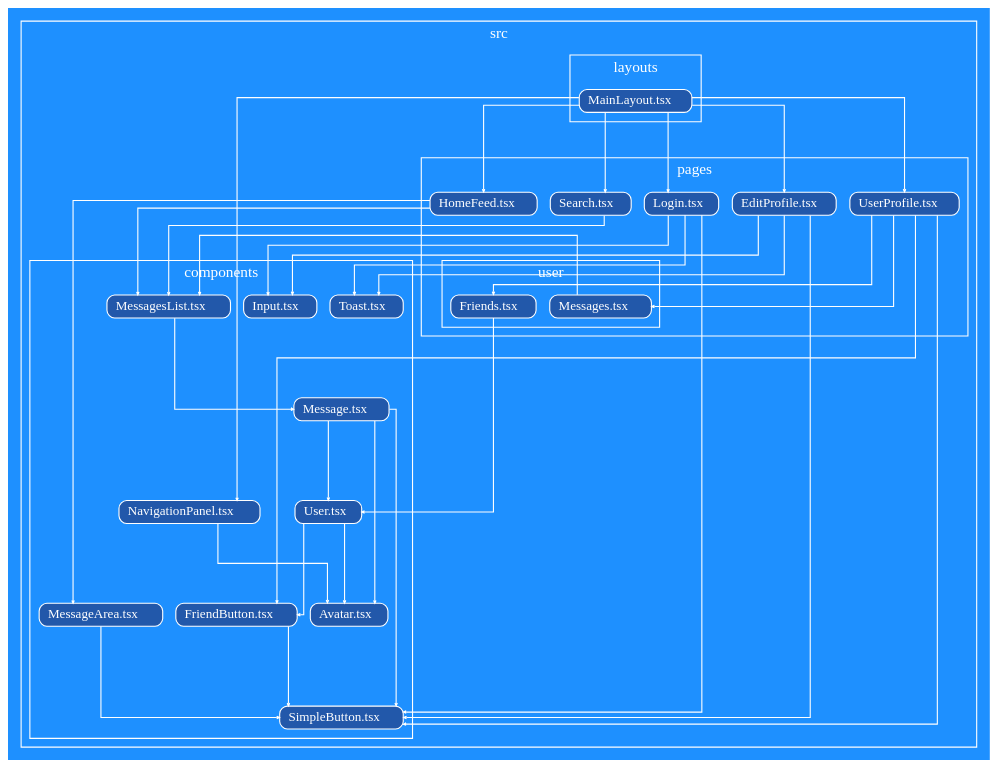
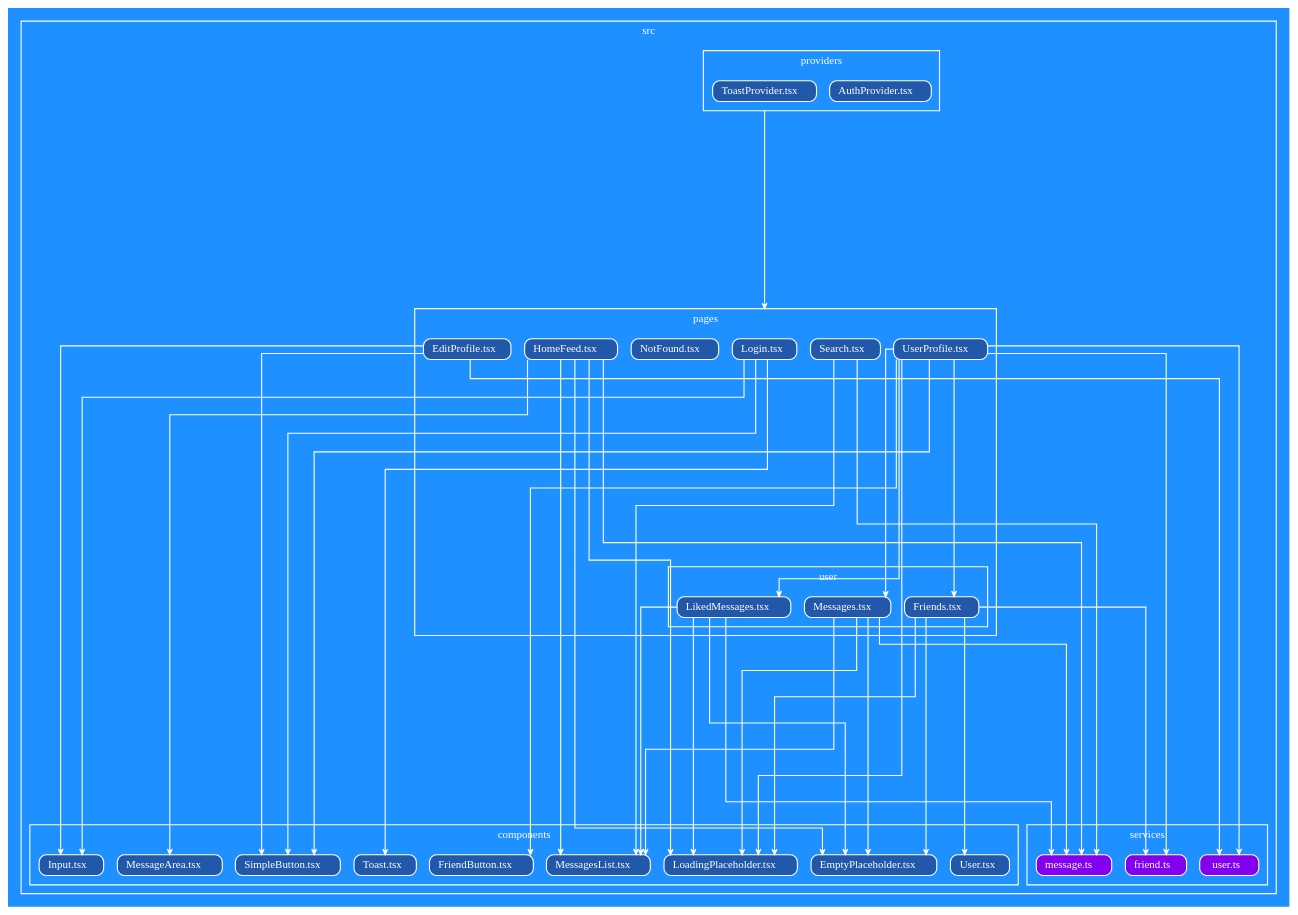
Before and after one commit to saidsay-so/chwitter: the diagram in pres/graphs/client-graph.dot, drawn with Graphviz. The commit also changed 9 other files, not shown here.

```diff
--- a/pres/graphs/client-graph.dot
+++ b/pres/graphs/client-graph.dot
@@ -1,54 +1,63 @@
-strict digraph "client-graph" {
-    ordering="out" rankdir="TB" splines="ortho" overlap="false" nodesep="0.16" ranksep="1" fontname="Fira Sans ExtraBold" fontsize="14" fillcolor="transparent" bgcolor="dodgerblue" color="white" fontcolor="white"
-    node [shape="record" style="rounded, filled" height="0.2" color="white" fillcolor="#ffffff33" fontcolor="white" fontname="Fira Sans" fontsize="12" ]
-    edge [arrowhead="vee" arrowsize="0.25" penwidth="1" color="white" fontname="Fira Sans" fontsize="10" fontcolor="white"]
+strict digraph "dependency-cruiser output"{
+    ordering="out" rankdir="TB" splines="ortho" overlap="false" nodesep="0.16" ranksep="3" fontname="Fira Sans" fontsize="10" style="" fillcolor="transparent" compound="true" bgcolor="dodgerblue" color="white" fontcolor="white"
+    node [shape="record" style="rounded, filled" height="0.2" color="white" fillcolor="#ff66cc" fontcolor="white" fontname="Fira Sans" fontsize="10"]
+    edge [arrowhead="vee" arrowsize="0.5" penwidth="1.0" color="white" fontname="Helvetica" fontsize="9" fontcolor="white"]
 
-    subgraph "cluster_src" {label="src" subgraph "cluster_src/components" {label="components" "src/components/Avatar.tsx" [label=<Avatar.tsx> tooltip="Avatar.tsx" URL="https://github.com/musikid/chwitter/blob/main/client/src/components/Avatar.tsx" fillcolor="#2258aa"] } }
+    subgraph "cluster_src" {label="src" subgraph "cluster_src/components" {label="components" "src/components/EmptyPlaceholder.tsx" [label=<EmptyPlaceholder.tsx> tooltip="EmptyPlaceholder.tsx" URL="https://github.com/musikid/chwitter/blob/main/client/src/components/EmptyPlaceholder.tsx" fillcolor="#2258aa"] } }
     subgraph "cluster_src" {label="src" subgraph "cluster_src/components" {label="components" "src/components/FriendButton.tsx" [label=<FriendButton.tsx> tooltip="FriendButton.tsx" URL="https://github.com/musikid/chwitter/blob/main/client/src/components/FriendButton.tsx" fillcolor="#2258aa"] } }
-    "src/components/FriendButton.tsx" -> "src/components/SimpleButton.tsx"
     subgraph "cluster_src" {label="src" subgraph "cluster_src/components" {label="components" "src/components/Input.tsx" [label=<Input.tsx> tooltip="Input.tsx" URL="https://github.com/musikid/chwitter/blob/main/client/src/components/Input.tsx" fillcolor="#2258aa"] } }
-    subgraph "cluster_src" {label="src" subgraph "cluster_src/components" {label="components" "src/components/Message.tsx" [label=<Message.tsx> tooltip="Message.tsx" URL="https://github.com/musikid/chwitter/blob/main/client/src/components/Message.tsx" fillcolor="#2258aa"] } }
-    "src/components/Message.tsx" -> "src/components/Avatar.tsx"
-    "src/components/Message.tsx" -> "src/components/SimpleButton.tsx"
-    "src/components/Message.tsx" -> "src/components/User.tsx"
+    subgraph "cluster_src" {label="src" subgraph "cluster_src/components" {label="components" "src/components/LoadingPlaceholder.tsx" [label=<LoadingPlaceholder.tsx> tooltip="LoadingPlaceholder.tsx" URL="https://github.com/musikid/chwitter/blob/main/client/src/components/LoadingPlaceholder.tsx" fillcolor="#2258aa"] } }
     subgraph "cluster_src" {label="src" subgraph "cluster_src/components" {label="components" "src/components/MessageArea.tsx" [label=<MessageArea.tsx> tooltip="MessageArea.tsx" URL="https://github.com/musikid/chwitter/blob/main/client/src/components/MessageArea.tsx" fillcolor="#2258aa"] } }
-    "src/components/MessageArea.tsx" -> "src/components/SimpleButton.tsx"
     subgraph "cluster_src" {label="src" subgraph "cluster_src/components" {label="components" "src/components/MessagesList.tsx" [label=<MessagesList.tsx> tooltip="MessagesList.tsx" URL="https://github.com/musikid/chwitter/blob/main/client/src/components/MessagesList.tsx" fillcolor="#2258aa"] } }
-    "src/components/MessagesList.tsx" -> "src/components/Message.tsx"
-    subgraph "cluster_src" {label="src" subgraph "cluster_src/components" {label="components" "src/components/NavigationPanel.tsx" [label=<NavigationPanel.tsx> tooltip="NavigationPanel.tsx" URL="https://github.com/musikid/chwitter/blob/main/client/src/components/NavigationPanel.tsx" fillcolor="#2258aa"] } }
-    "src/components/NavigationPanel.tsx" -> "src/components/Avatar.tsx"
     subgraph "cluster_src" {label="src" subgraph "cluster_src/components" {label="components" "src/components/SimpleButton.tsx" [label=<SimpleButton.tsx> tooltip="SimpleButton.tsx" URL="https://github.com/musikid/chwitter/blob/main/client/src/components/SimpleButton.tsx" fillcolor="#2258aa"] } }
     subgraph "cluster_src" {label="src" subgraph "cluster_src/components" {label="components" "src/components/Toast.tsx" [label=<Toast.tsx> tooltip="Toast.tsx" URL="https://github.com/musikid/chwitter/blob/main/client/src/components/Toast.tsx" fillcolor="#2258aa"] } }
     subgraph "cluster_src" {label="src" subgraph "cluster_src/components" {label="components" "src/components/User.tsx" [label=<User.tsx> tooltip="User.tsx" URL="https://github.com/musikid/chwitter/blob/main/client/src/components/User.tsx" fillcolor="#2258aa"] } }
-    "src/components/User.tsx" -> "src/components/Avatar.tsx"
-    "src/components/User.tsx" -> "src/components/FriendButton.tsx"
-    subgraph "cluster_src" {label="src" subgraph "cluster_src/layouts" {label="layouts" "src/layouts/MainLayout.tsx" [label=<MainLayout.tsx> tooltip="MainLayout.tsx" URL="https://github.com/musikid/chwitter/blob/main/client/src/layouts/MainLayout.tsx" fillcolor="#2258aa"] } }
-    "src/layouts/MainLayout.tsx" -> "src/components/NavigationPanel.tsx"
-    "src/layouts/MainLayout.tsx" -> "src/pages/EditProfile.tsx"
-    "src/layouts/MainLayout.tsx" -> "src/pages/HomeFeed.tsx"
-    "src/layouts/MainLayout.tsx" -> "src/pages/Login.tsx"
-    "src/layouts/MainLayout.tsx" -> "src/pages/Search.tsx"
-    "src/layouts/MainLayout.tsx" -> "src/pages/UserProfile.tsx"
     subgraph "cluster_src" {label="src" subgraph "cluster_src/pages" {label="pages" "src/pages/EditProfile.tsx" [label=<EditProfile.tsx> tooltip="EditProfile.tsx" URL="https://github.com/musikid/chwitter/blob/main/client/src/pages/EditProfile.tsx" fillcolor="#2258aa"] } }
     "src/pages/EditProfile.tsx" -> "src/components/Input.tsx"
     "src/pages/EditProfile.tsx" -> "src/components/SimpleButton.tsx"
-    "src/pages/EditProfile.tsx" -> "src/components/Toast.tsx"
+    "src/pages/EditProfile.tsx" -> "src/services/user.ts"
     subgraph "cluster_src" {label="src" subgraph "cluster_src/pages" {label="pages" "src/pages/HomeFeed.tsx" [label=<HomeFeed.tsx> tooltip="HomeFeed.tsx" URL="https://github.com/musikid/chwitter/blob/main/client/src/pages/HomeFeed.tsx" fillcolor="#2258aa"] } }
+    "src/pages/HomeFeed.tsx" -> "src/components/EmptyPlaceholder.tsx"
+    "src/pages/HomeFeed.tsx" -> "src/components/LoadingPlaceholder.tsx"
     "src/pages/HomeFeed.tsx" -> "src/components/MessageArea.tsx"
     "src/pages/HomeFeed.tsx" -> "src/components/MessagesList.tsx"
+    "src/pages/HomeFeed.tsx" -> "src/services/message.ts"
     subgraph "cluster_src" {label="src" subgraph "cluster_src/pages" {label="pages" "src/pages/Login.tsx" [label=<Login.tsx> tooltip="Login.tsx" URL="https://github.com/musikid/chwitter/blob/main/client/src/pages/Login.tsx" fillcolor="#2258aa"] } }
     "src/pages/Login.tsx" -> "src/components/Input.tsx"
     "src/pages/Login.tsx" -> "src/components/SimpleButton.tsx"
     "src/pages/Login.tsx" -> "src/components/Toast.tsx"
+    subgraph "cluster_src" {label="src" subgraph "cluster_src/pages" {label="pages" "src/pages/NotFound.tsx" [label=<NotFound.tsx> tooltip="NotFound.tsx" URL="https://github.com/musikid/chwitter/blob/main/client/src/pages/NotFound.tsx" fillcolor="#2258aa"] } }
     subgraph "cluster_src" {label="src" subgraph "cluster_src/pages" {label="pages" "src/pages/Search.tsx" [label=<Search.tsx> tooltip="Search.tsx" URL="https://github.com/musikid/chwitter/blob/main/client/src/pages/Search.tsx" fillcolor="#2258aa"] } }
     "src/pages/Search.tsx" -> "src/components/MessagesList.tsx"
+    "src/pages/Search.tsx" -> "src/services/message.ts"
     subgraph "cluster_src" {label="src" subgraph "cluster_src/pages" {label="pages" "src/pages/UserProfile.tsx" [label=<UserProfile.tsx> tooltip="UserProfile.tsx" URL="https://github.com/musikid/chwitter/blob/main/client/src/pages/UserProfile.tsx" fillcolor="#2258aa"] } }
     "src/pages/UserProfile.tsx" -> "src/components/FriendButton.tsx"
+    "src/pages/UserProfile.tsx" -> "src/components/LoadingPlaceholder.tsx"
     "src/pages/UserProfile.tsx" -> "src/components/SimpleButton.tsx"
+    "src/pages/UserProfile.tsx" -> "src/services/friend.ts"
+    "src/pages/UserProfile.tsx" -> "src/services/user.ts"
     "src/pages/UserProfile.tsx" -> "src/pages/user/Friends.tsx"
     "src/pages/UserProfile.tsx" -> "src/pages/user/Messages.tsx"
+    "src/pages/UserProfile.tsx" -> "src/pages/user/LikedMessages.tsx"
     subgraph "cluster_src" {label="src" subgraph "cluster_src/pages" {label="pages" subgraph "cluster_src/pages/user" {label="user" "src/pages/user/Friends.tsx" [label=<Friends.tsx> tooltip="Friends.tsx" URL="https://github.com/musikid/chwitter/blob/main/client/src/pages/user/Friends.tsx" fillcolor="#2258aa"] } } }
+    "src/pages/user/Friends.tsx" -> "src/components/EmptyPlaceholder.tsx"
+    "src/pages/user/Friends.tsx" -> "src/components/LoadingPlaceholder.tsx"
     "src/pages/user/Friends.tsx" -> "src/components/User.tsx"
+    "src/pages/user/Friends.tsx" -> "src/services/friend.ts"
+    subgraph "cluster_src" {label="src" subgraph "cluster_src/pages" {label="pages" subgraph "cluster_src/pages/user" {label="user" "src/pages/user/LikedMessages.tsx" [label=<LikedMessages.tsx> tooltip="LikedMessages.tsx" URL="https://github.com/musikid/chwitter/blob/main/client/src/pages/user/LikedMessages.tsx" fillcolor="#2258aa"] } } }
+    "src/pages/user/LikedMessages.tsx" -> "src/components/EmptyPlaceholder.tsx"
+    "src/pages/user/LikedMessages.tsx" -> "src/components/LoadingPlaceholder.tsx"
+    "src/pages/user/LikedMessages.tsx" -> "src/components/MessagesList.tsx"
+    "src/pages/user/LikedMessages.tsx" -> "src/services/message.ts"
     subgraph "cluster_src" {label="src" subgraph "cluster_src/pages" {label="pages" subgraph "cluster_src/pages/user" {label="user" "src/pages/user/Messages.tsx" [label=<Messages.tsx> tooltip="Messages.tsx" URL="https://github.com/musikid/chwitter/blob/main/client/src/pages/user/Messages.tsx" fillcolor="#2258aa"] } } }
+    "src/pages/user/Messages.tsx" -> "src/components/EmptyPlaceholder.tsx"
+    "src/pages/user/Messages.tsx" -> "src/components/LoadingPlaceholder.tsx"
     "src/pages/user/Messages.tsx" -> "src/components/MessagesList.tsx"
+    "src/pages/user/Messages.tsx" -> "src/services/message.ts"
+    subgraph "cluster_src" {label="src" subgraph "cluster_src/providers" {label="providers" "src/providers/AuthProvider.tsx" [label=<AuthProvider.tsx> tooltip="AuthProvider.tsx" URL="https://github.com/musikid/chwitter/blob/main/client/src/providers/AuthProvider.tsx" fillcolor="#2258aa"] } }
+    subgraph "cluster_src" {label="src" subgraph "cluster_src/providers" {label="providers" "src/providers/ToastProvider.tsx" [label=<ToastProvider.tsx> tooltip="ToastProvider.tsx" URL="https://github.com/musikid/chwitter/blob/main/client/src/providers/ToastProvider.tsx" fillcolor="#2258aa"] } }
+    "src/providers/ToastProvider.tsx" -> "src/pages/Login.tsx" [ltail="cluster_src/providers" lhead="cluster_src/pages" ]
+    subgraph "cluster_src" {label="src" subgraph "cluster_src/services" {label="services" "src/services/friend.ts" [label=<friend.ts> tooltip="friend.ts" URL="https://github.com/musikid/chwitter/blob/main/client/src/services/friend.ts" fillcolor="#8300ee"] } }
+    subgraph "cluster_src" {label="src" subgraph "cluster_src/services" {label="services" "src/services/message.ts" [label=<message.ts> tooltip="message.ts" URL="https://github.com/musikid/chwitter/blob/main/client/src/services/message.ts" fillcolor="#8300ee"] } }
+    subgraph "cluster_src" {label="src" subgraph "cluster_src/services" {label="services" "src/services/user.ts" [label=<user.ts> tooltip="user.ts" URL="https://github.com/musikid/chwitter/blob/main/client/src/services/user.ts" fillcolor="#8300ee"] } }
 }
```
